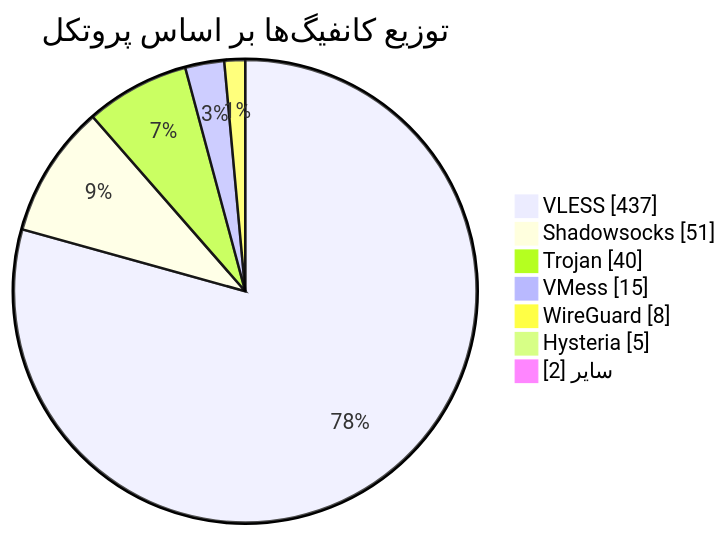
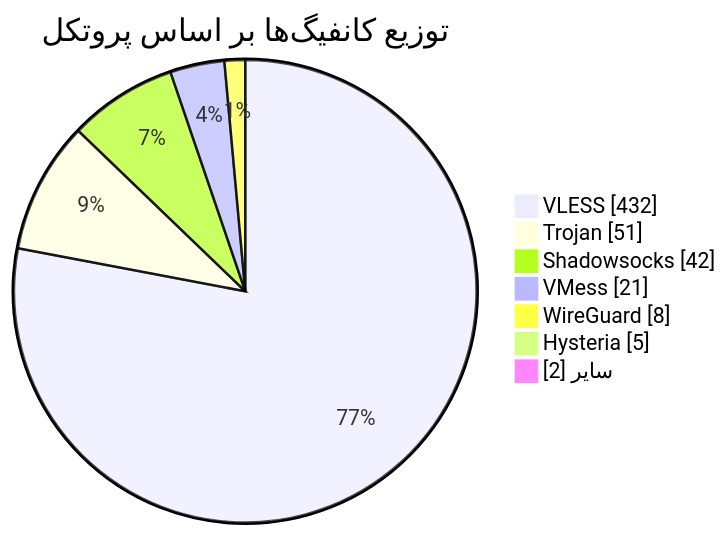
The diagram in README.md (Arian-Alijani/Somthing), drawn with Mermaid before and after one commit. The commit also changed other lines of this file and 67 other files, not shown here.

````diff
--- a/README.md
+++ b/README.md
@@ -49,11 +49,11 @@
 ```mermaid
 pie showData
     title توزیع کانفیگ‌ها بر اساس پروتکل
-    "VLESS" : 437
-    "Shadowsocks" : 51
-    "Trojan" : 40
-    "VMess" : 15
+    "VLESS" : 432
+    "Trojan" : 51
+    "Shadowsocks" : 42
+    "VMess" : 21
     "WireGuard" : 8
     "Hysteria" : 5
     "سایر" : 2
 ```
````
